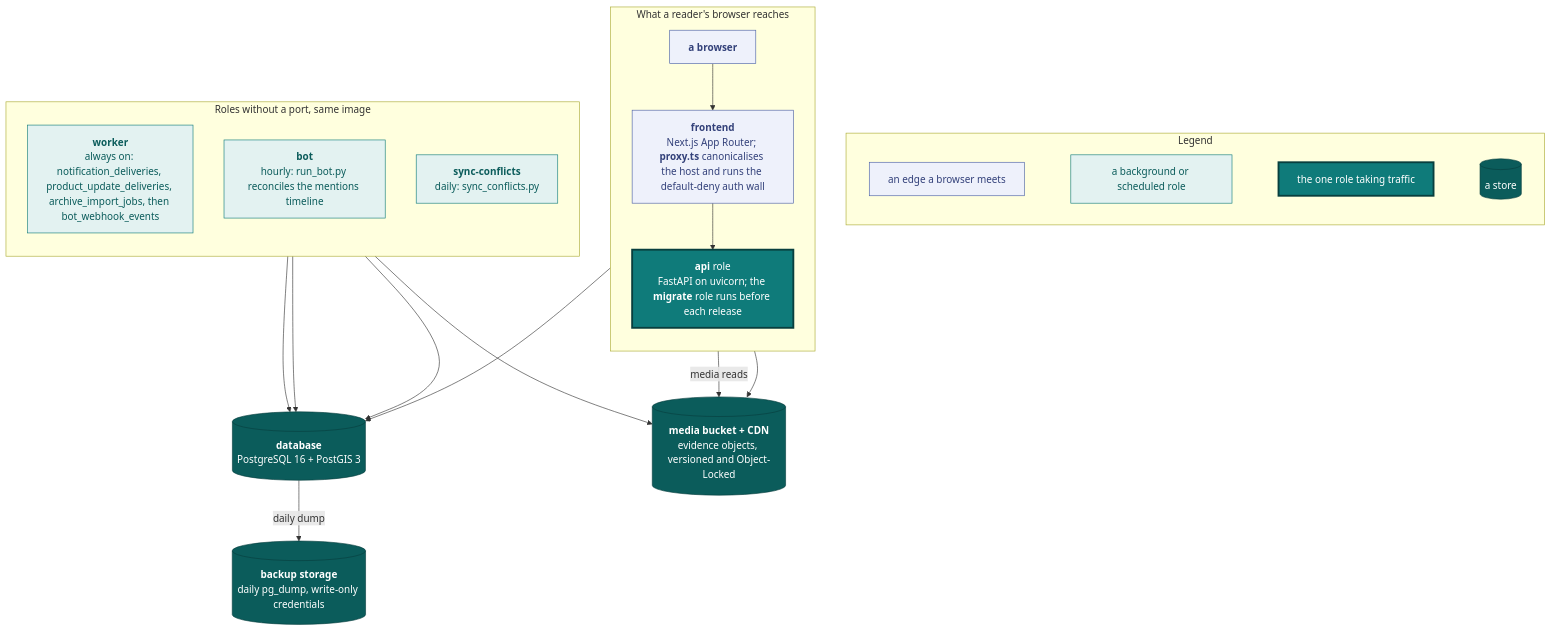
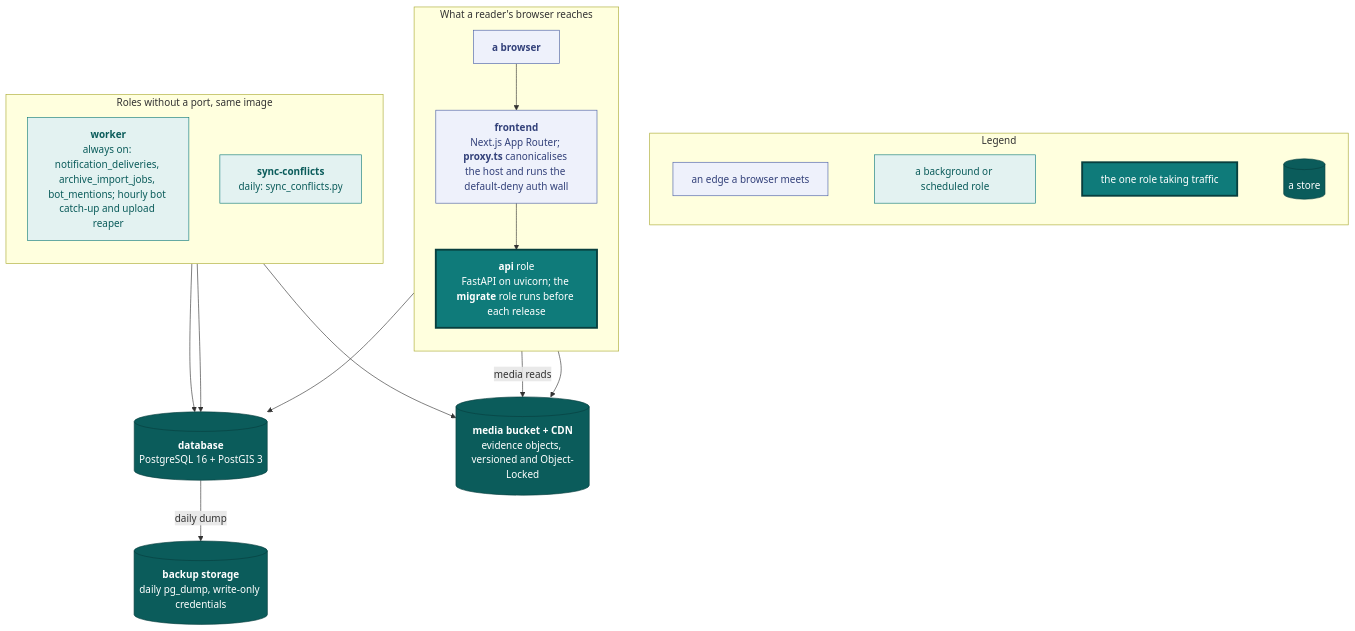
Before and after one commit to vidithq/vidit: the first of 5 diagrams in docs/engineering.md, drawn with Mermaid. The commit also changed other lines of this file and 617 other files, not shown here.

````diff
--- a/docs/engineering.md
+++ b/docs/engineering.md
@@ -5,52 +5,49 @@
 ```mermaid
 flowchart TB
   classDef spec fill:#eef1fb,stroke:#4a5fa5,color:#33417a
   classDef shared fill:#e3f2f1,stroke:#0f7b7a,color:#0b5c5b
   classDef core fill:#0f7b7a,stroke:#083f3e,stroke-width:3px,color:#ffffff
   classDef store fill:#0b5c5b,stroke:#083f3e,color:#ffffff
 
   subgraph legend [Legend]
     direction LR
     l1["`an edge a browser meets`"]:::spec
     l2["`a background or scheduled role`"]:::shared
     l3["`the one role taking traffic`"]:::core
     l4[("`a store`")]:::store
     l1 ~~~ l2 ~~~ l3 ~~~ l4
   end
 
   subgraph traffic [What a reader's browser reaches]
     direction TB
     reader["`**a browser**`"]:::spec
     front["`**frontend**
     Next.js App Router; **proxy.ts** canonicalises the host and runs the default-deny auth wall`"]:::spec
     api["`**api** role
     FastAPI on uvicorn; the **migrate** role runs before each release`"]:::core
     reader --> front --> api
   end
 
   subgraph sched [Roles without a port, same image]
     direction TB
     worker["`**worker**
-    always on: notification_deliveries, product_update_deliveries, archive_import_jobs, then bot_webhook_events`"]:::shared
-    bot["`**bot**
-    hourly: run_bot.py reconciles the mentions timeline`"]:::shared
+    always on: notification_deliveries, archive_import_jobs, bot_mentions; hourly bot catch-up and upload reaper`"]:::shared
     conf["`**sync-conflicts**
     daily: sync_conflicts.py`"]:::shared
   end
 
   db[("`**database**
   PostgreSQL 16 + PostGIS 3`")]:::store
   s3[("`**media bucket + CDN**
   evidence objects, versioned and Object-Locked`")]:::store
   bak[("`**backup storage**
   daily pg_dump, write-only credentials`")]:::store
 
   reader -- "media reads" --> s3
   api --> db
   api --> s3
   worker --> db
-  bot --> db
   conf --> db
   worker --> s3
   db -- "daily dump" --> bak
 ```
````
